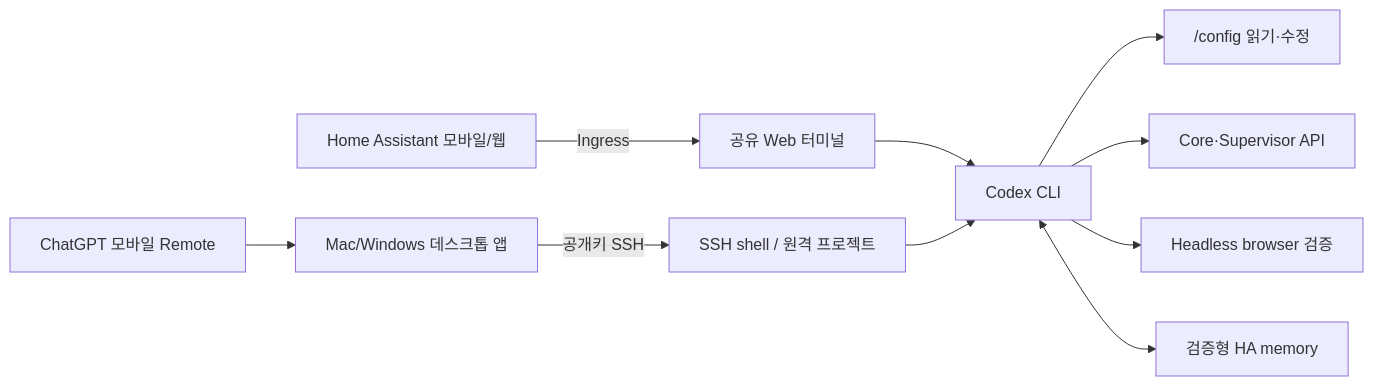
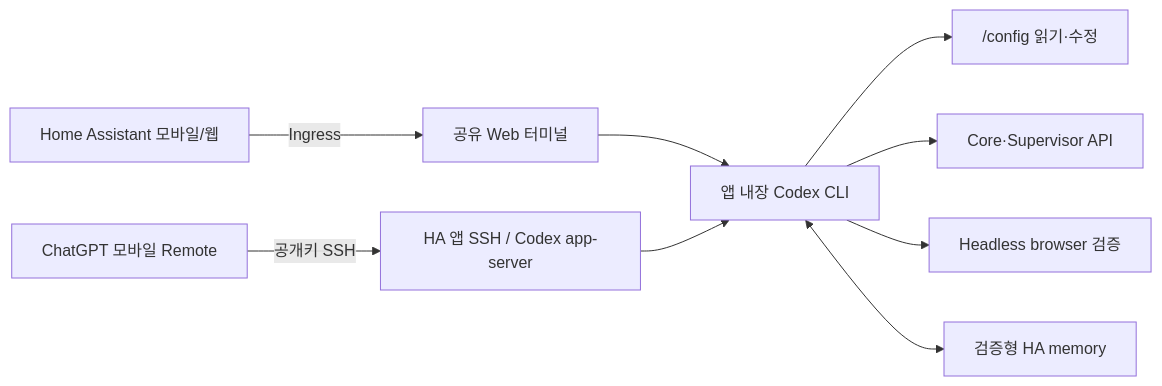
Before and after one commit to Kanu-Coffee/codex-for-home-assistant: the diagram in README.md, drawn with Mermaid. The commit also changed other lines of this file and 17 other files, not shown here.

First line of the commit message:
docs: fix direct mobile Remote SSH flow (#32)

````diff
--- a/README.md
+++ b/README.md
@@ -64,12 +64,11 @@
 ```mermaid
 flowchart LR
     M["Home Assistant 모바일/웹"] -->|Ingress| T["공유 Web 터미널"]
-    P["ChatGPT 모바일 Remote"] --> D["Mac/Windows 데스크톱 앱"]
-    D -->|공개키 SSH| S["SSH shell / 원격 프로젝트"]
-    T --> C["Codex CLI"]
+    P["ChatGPT 모바일 Remote"] -->|공개키 SSH| S["HA 앱 SSH / Codex app-server"]
+    T --> C["앱 내장 Codex CLI"]
     S --> C
     C --> F["/config 읽기·수정"]
     C --> A["Core·Supervisor API"]
     C --> B["Headless browser 검증"]
     C <--> H["검증형 HA memory"]
 ```
````
